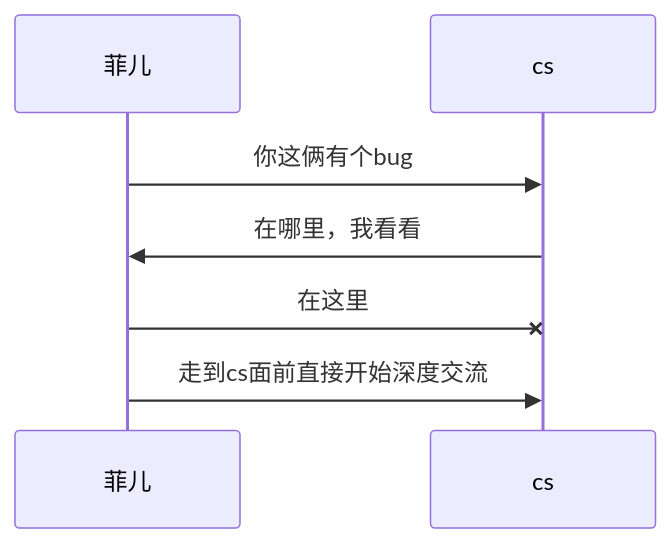
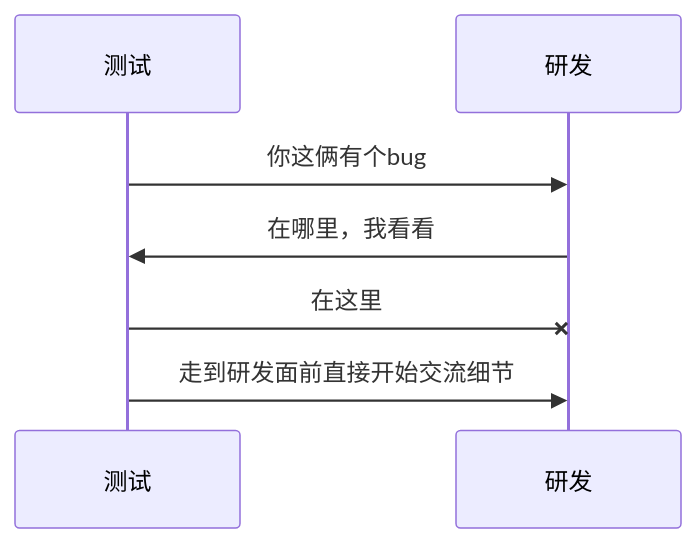
One commit to dadins/dadins.github.io changed the ninth of 15 diagrams in 3-way-handshake.md. Above: the diagram before and after it, drawn with Mermaid. The commit also changed other lines of this file, not shown here.

````diff
--- a/3-way-handshake.md
+++ b/3-way-handshake.md
@@ -280,10 +280,10 @@
 ```mermaid
 sequenceDiagram
-participant 菲儿
-participant cs
+participant 测试
+participant 研发
 
-菲儿 ->> cs: 你这俩有个bug 
-cs ->> 菲儿: 在哪里，我看看
-菲儿 -x cs: 在这里
-菲儿 ->> cs: 走到cs面前直接开始深度交流
+测试 ->> 研发: 你这俩有个bug 
+研发 ->> 测试: 在哪里，我看看
+测试 -x  研发: 在这里
+测试 ->> 研发: 走到研发面前直接开始交流细节
 ```
````
